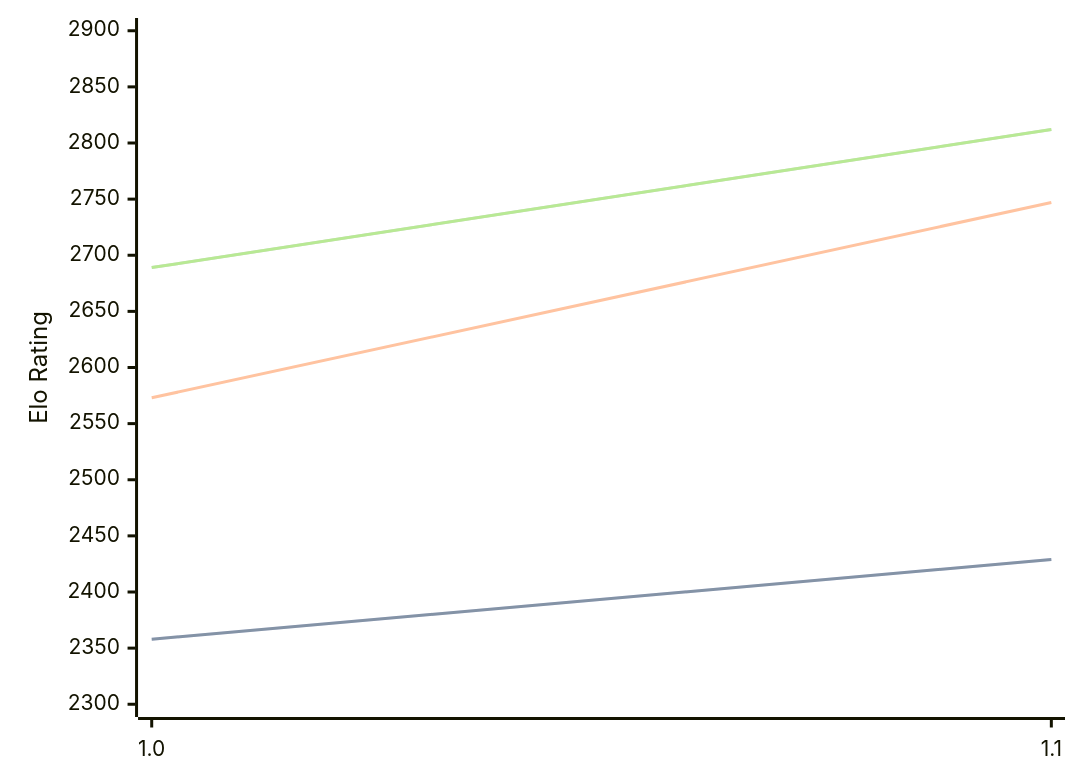
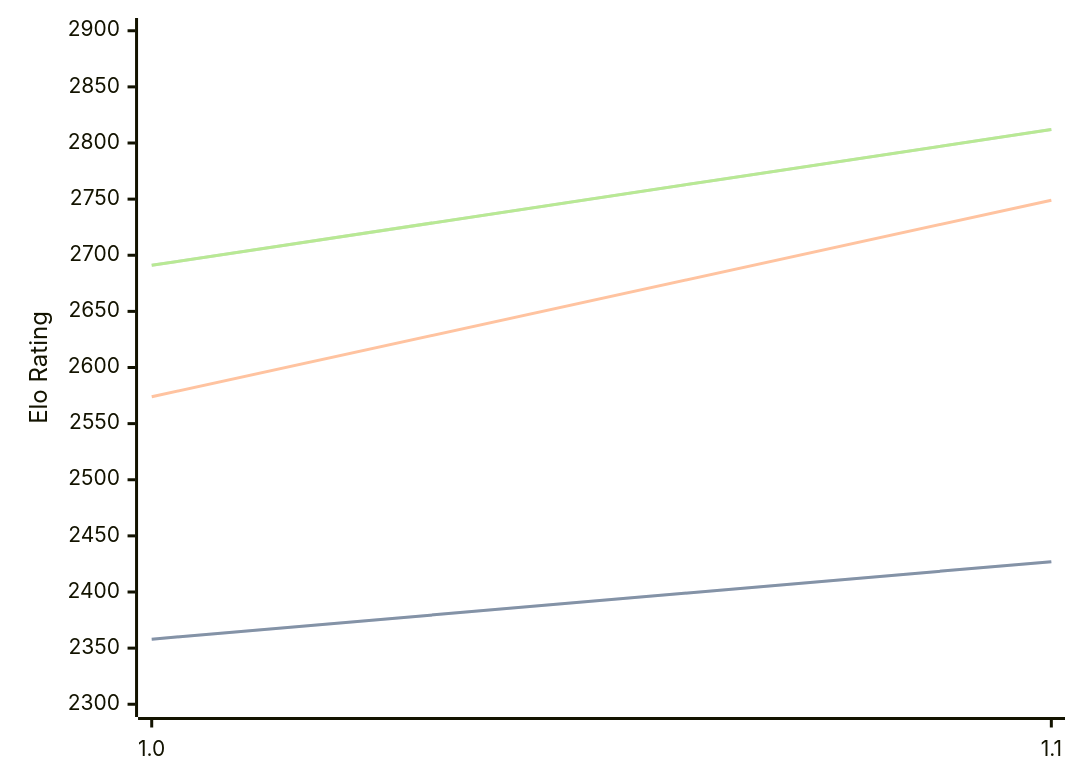
Before and after one commit to computer-chess-index/cci: the diagram in engines/FoxChess.md, drawn with Mermaid. The commit also changed other lines of this file, not shown here.

Commit message:
Update CCI Ratings (ELO VLTC) - 2026-04-25

````diff
--- a/engines/FoxChess.md
+++ b/engines/FoxChess.md
@@ -32,11 +32,11 @@
 ```mermaid
 %%{init: {"theme":"base","themeVariables":{"seriesColors:['#a3a3a3','#222221','#faa371']}}}%%
 xychart-beta
   x-axis ["1.0", "1.1"]
   y-axis "Elo Rating" 2300 --> 2900
-  line "STC (8.0+0.08s)" [2358, 2429]
-  line "STC (8.0+0.08s)" [2358, 2429]
-  line "LTC (60.0+0.60s)" [2573, 2747]
-  line "VLTC (2m24s+1.12s)" [2689, 2812]
-  line "VLTC (2m24s+1.12s)" [2689, 2812]
+  line "STC (8.0+0.08s)" [2358, 2427]
+  line "STC (8.0+0.08s)" [2358, 2427]
+  line "LTC (60.0+0.60s)" [2574, 2749]
+  line "VLTC (2m24s+1.12s)" [2691, 2812]
+  line "VLTC (2m24s+1.12s)" [2691, 2812]
 ```
````
